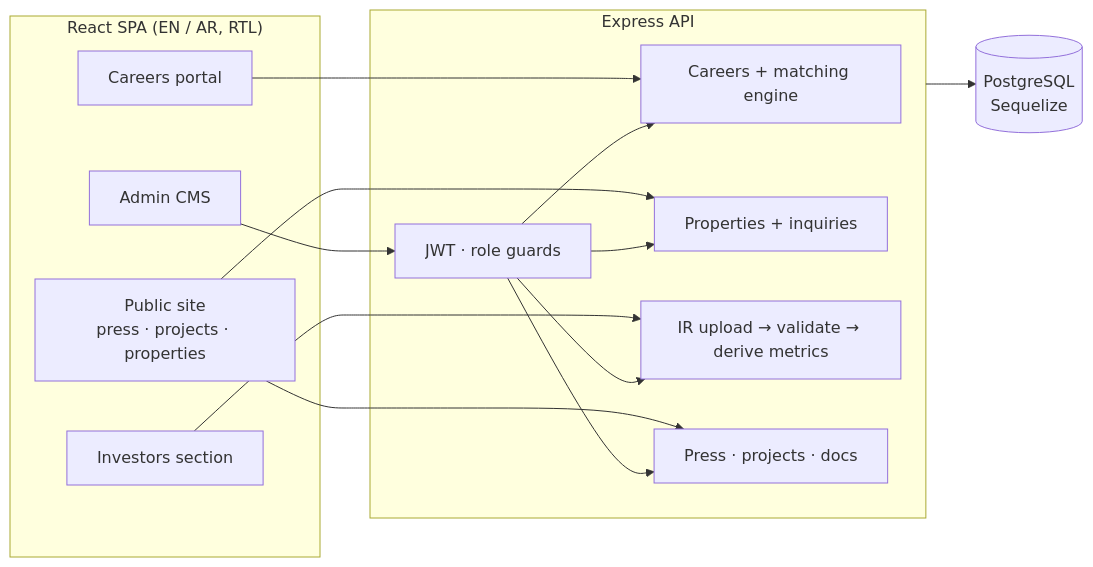
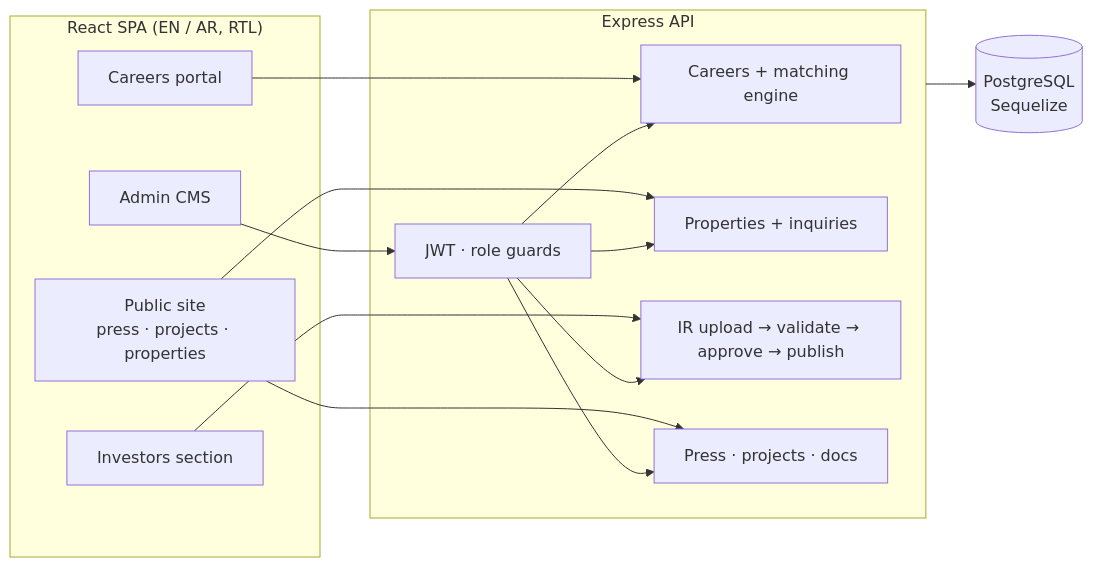
The first of 2 diagrams in README.md (fawaskoya/real-estate-group-portal), drawn with Mermaid before and after one commit. The commit also changed other lines of this file and 10 other files, not shown here.

````diff
--- a/README.md
+++ b/README.md
@@ -46,21 +61,21 @@
 ```mermaid
 flowchart LR
     subgraph Client["React SPA (EN / AR, RTL)"]
         PUB[Public site<br/>press · projects · properties]
         JOBS[Careers portal]
         INV[Investors section]
         ADM[Admin CMS]
     end
     subgraph API["Express API"]
         CAR[Careers + matching engine]
         PROP[Properties + inquiries]
-        IR[IR upload → validate → derive metrics]
+        IR[IR upload → validate → approve → publish]
         CMS[Press · projects · docs]
         AUTH[JWT · role guards]
     end
     PUB --> PROP & CMS
     JOBS --> CAR
     INV --> IR
     ADM --> AUTH --> CAR & PROP & IR & CMS
     API --> DB[(PostgreSQL<br/>Sequelize)]
 ```
````
